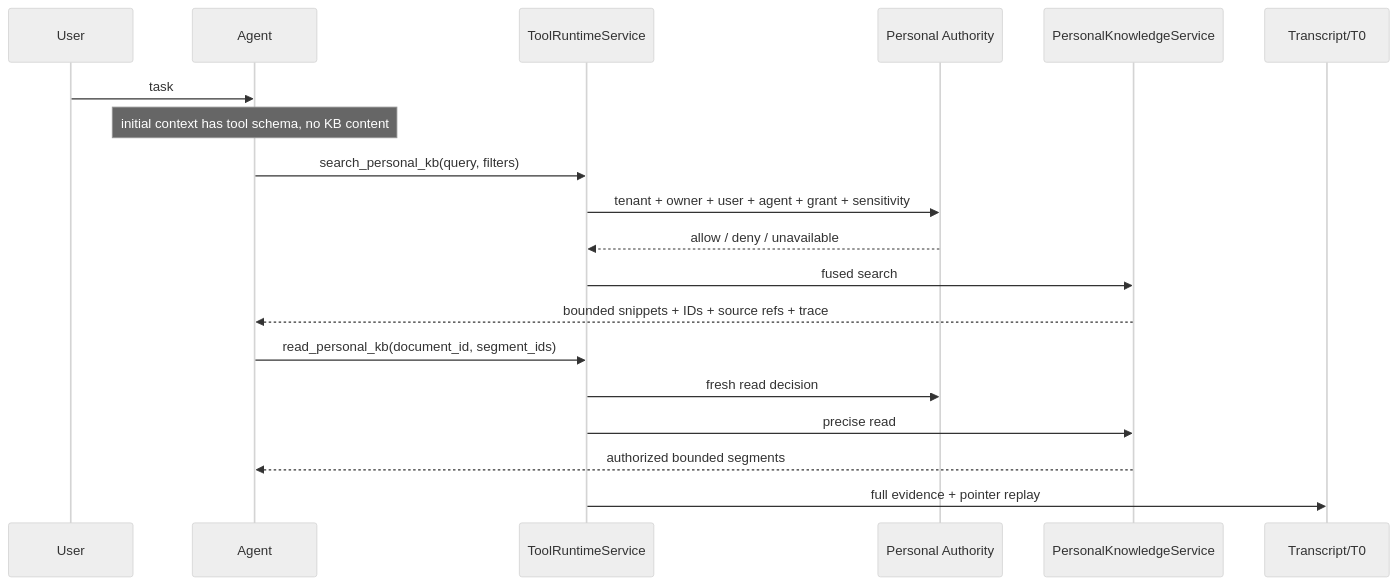
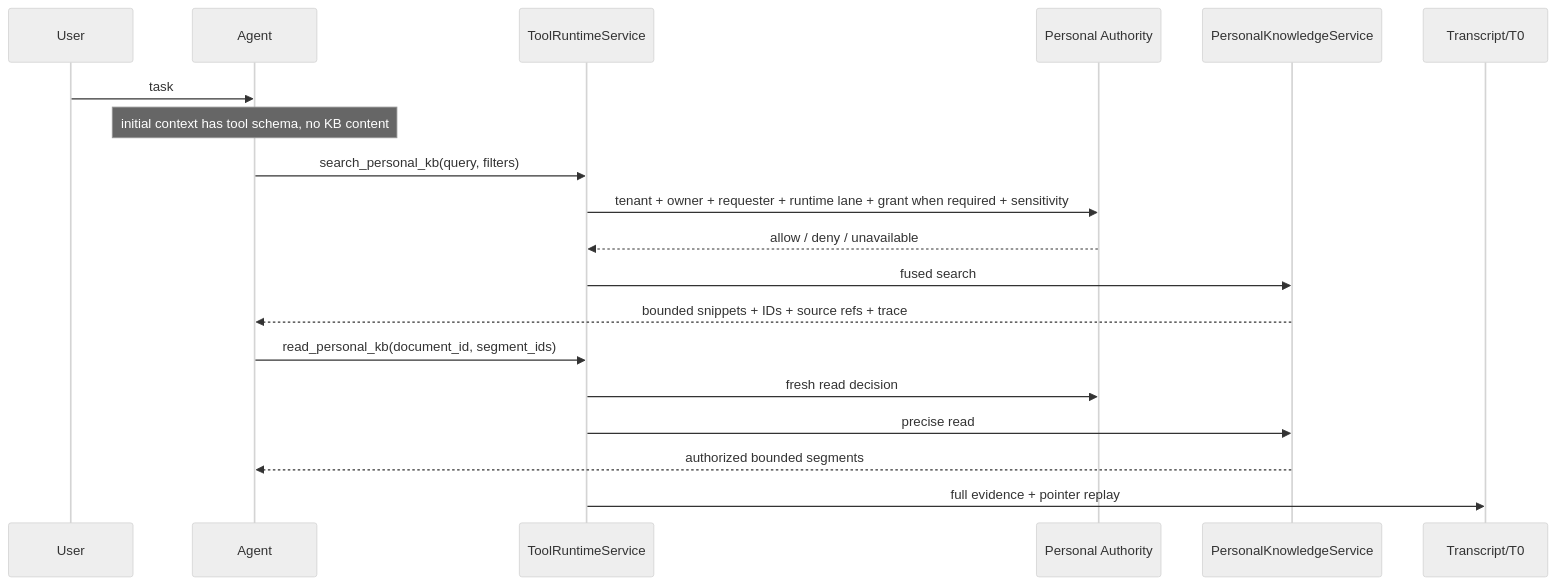
One commit to SteamRocket-Labs/hiveclaw changed the first of 2 diagrams in docs/personal-company-knowledge-tool-boundary-2026-07-10.md. Above: the diagram before and after it, drawn with Mermaid (neutral theme). The commit also changed other lines of this file and 4 other files, not shown here.

````diff
--- a/docs/personal-company-knowledge-tool-boundary-2026-07-10.md
+++ b/docs/personal-company-knowledge-tool-boundary-2026-07-10.md
@@ -69,22 +79,22 @@
 ```mermaid
 sequenceDiagram
   participant U as User
   participant A as Agent
   participant T as ToolRuntimeService
   participant P as Personal Authority
   participant K as PersonalKnowledgeService
   participant E as Transcript/T0
 
   U->>A: task
   Note over A: initial context has tool schema, no KB content
   A->>T: search_personal_kb(query, filters)
-  T->>P: tenant + owner + user + agent + grant + sensitivity
+  T->>P: tenant + owner + requester + runtime lane + grant when required + sensitivity
   P-->>T: allow / deny / unavailable
   T->>K: fused search
   K-->>A: bounded snippets + IDs + source refs + trace
   A->>T: read_personal_kb(document_id, segment_ids)
   T->>P: fresh read decision
   T->>K: precise read
   K-->>A: authorized bounded segments
   T->>E: full evidence + pointer replay
 ```
````
